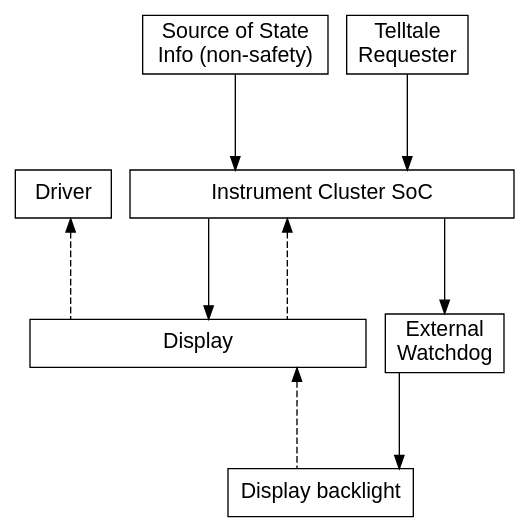
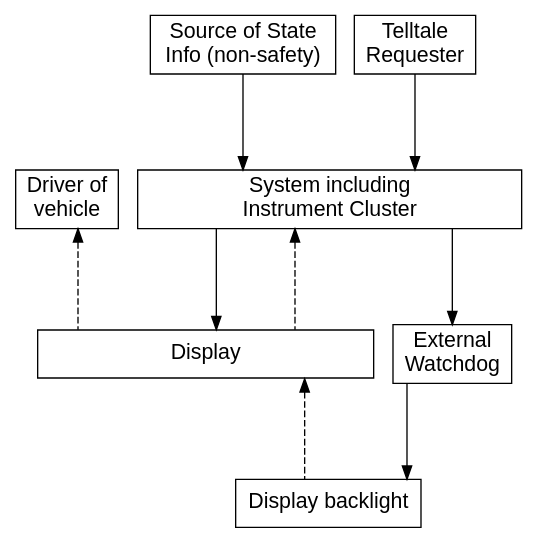
One commit to elisa-tech/wg-automotive changed the diagram in Cluster_Display_Use_Case_v2/stpa/system-context.dot. Above: the diagram before and after it, drawn with Graphviz. The commit also changed 1 other file, not shown here.

```diff
--- a/Cluster_Display_Use_Case_v2/stpa/system-context.dot
+++ b/Cluster_Display_Use_Case_v2/stpa/system-context.dot
@@ -1,21 +1,21 @@
 digraph G {
 
 node [shape=box width=1 height=0.5 fontname=arial fontsize=16 style=filled fillcolor=white]
 graph [splines=ortho ranksep=1 nodesep=0.2 fontname=arial fontsize=16 compound=true]
 
-driver [label="Driver"]
+driver [label="Driver of\n vehicle"]
 source [label="Source of State\n Info (non-safety)"]
 requester [label="Telltale\nRequester"]
-cluster [label="Instrument Cluster SoC" width=4]
+cluster [label="System including\n Instrument Cluster" width=4]
 display [label="Display" width=3.5]
 watchdog [label="External\nWatchdog"]
 backlight [label="Display backlight"]
 driver->display [dir=back style=dashed]
 source -> cluster
 requester -> cluster
 cluster -> watchdog
 cluster -> display
 cluster -> display [dir=back style=dashed]
 watchdog -> backlight
 display -> backlight [dir=back style=dashed]
 }
```
